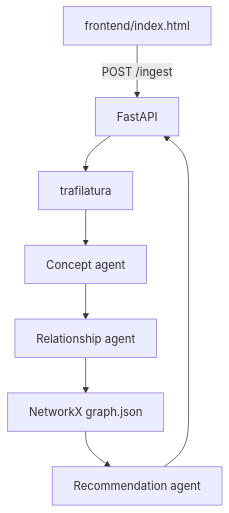
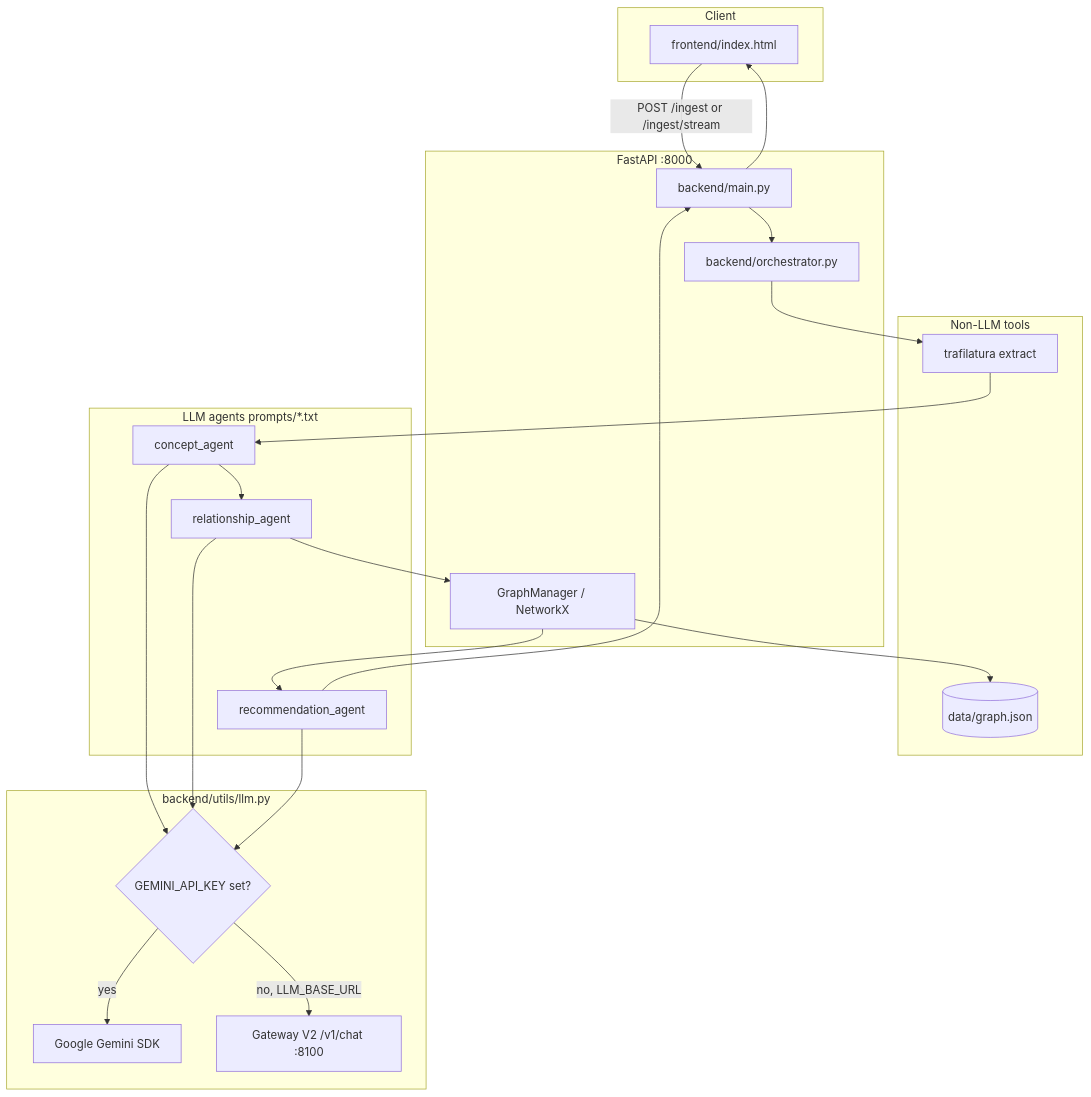
The first of 5 diagrams in README.md (varunsood189/system-design-knowledge-graph), drawn with Mermaid before and after one commit. The commit also changed other lines of this file and 7 other files, not shown here.

````diff
--- a/README.md
+++ b/README.md
@@ -7,10 +9,41 @@
 ```mermaid
-flowchart TD
-    UI[frontend/index.html] -->|POST /ingest| API[FastAPI]
-    API --> Extract[trafilatura]
-    Extract --> LLM1[Concept agent]
-    LLM1 --> LLM2[Relationship agent]
-    LLM2 --> Graph[NetworkX graph.json]
-    Graph --> LLM3[Recommendation agent]
-    LLM3 --> API
+flowchart TB
+    subgraph Client
+        UI[frontend/index.html]
+    end
+
+    subgraph App["FastAPI :8000"]
+        API[backend/main.py]
+        ORCH[backend/orchestrator.py]
+        GM[GraphManager / NetworkX]
+    end
+
+    subgraph Tools["Non-LLM tools"]
+        EXT[trafilatura extract]
+        JSON[(data/graph.json)]
+    end
+
+    subgraph Agents["LLM agents prompts/*.txt"]
+        A1[concept_agent]
+        A2[relationship_agent]
+        A3[recommendation_agent]
+    end
+
+    subgraph LLM["backend/utils/llm.py"]
+        ROUTE{GEMINI_API_KEY set?}
+        GEM[Google Gemini SDK]
+        GW[Gateway V2 /v1/chat :8100]
+    end
+
+    UI -->|POST /ingest or /ingest/stream| API
+    API --> ORCH
+    ORCH --> EXT
+    EXT --> A1 --> A2 --> GM
+    GM --> JSON
+    GM --> A3
+    A1 & A2 & A3 --> ROUTE
+    ROUTE -->|yes| GEM
+    ROUTE -->|no, LLM_BASE_URL| GW
+    A3 --> API
+    API --> UI
 ```
````
